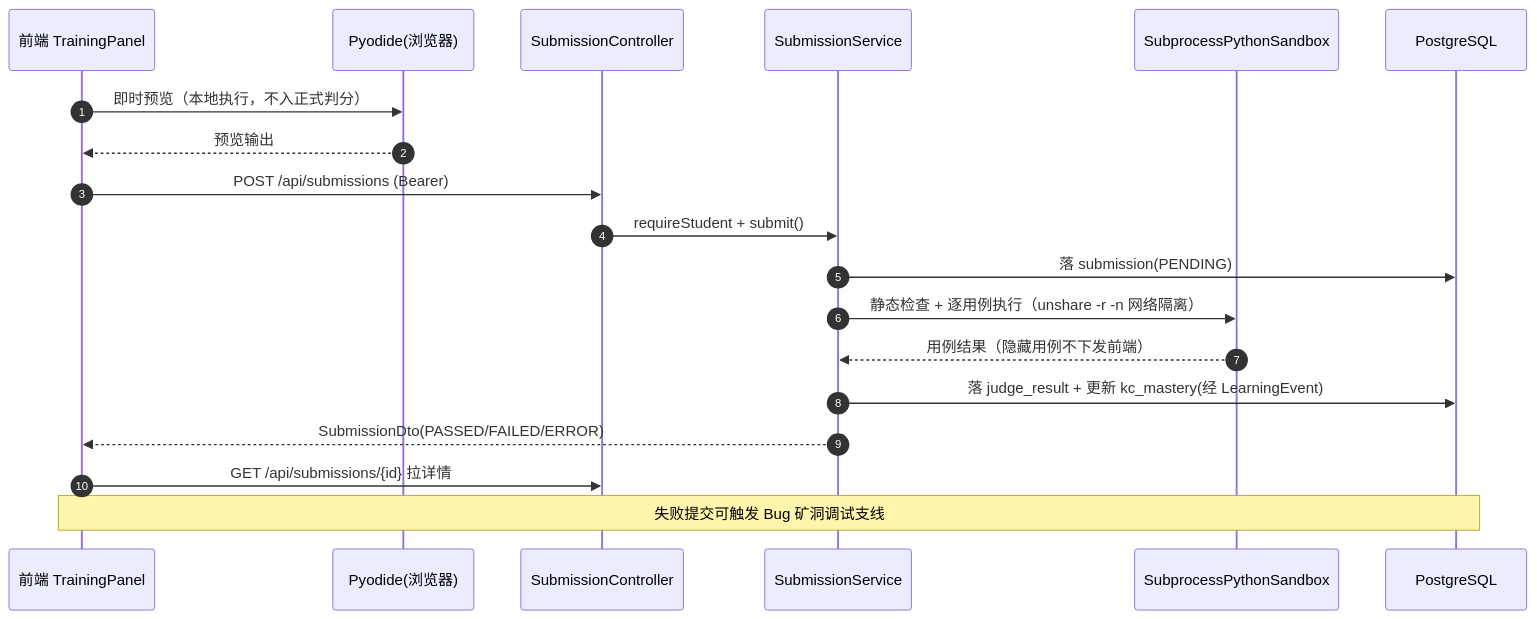
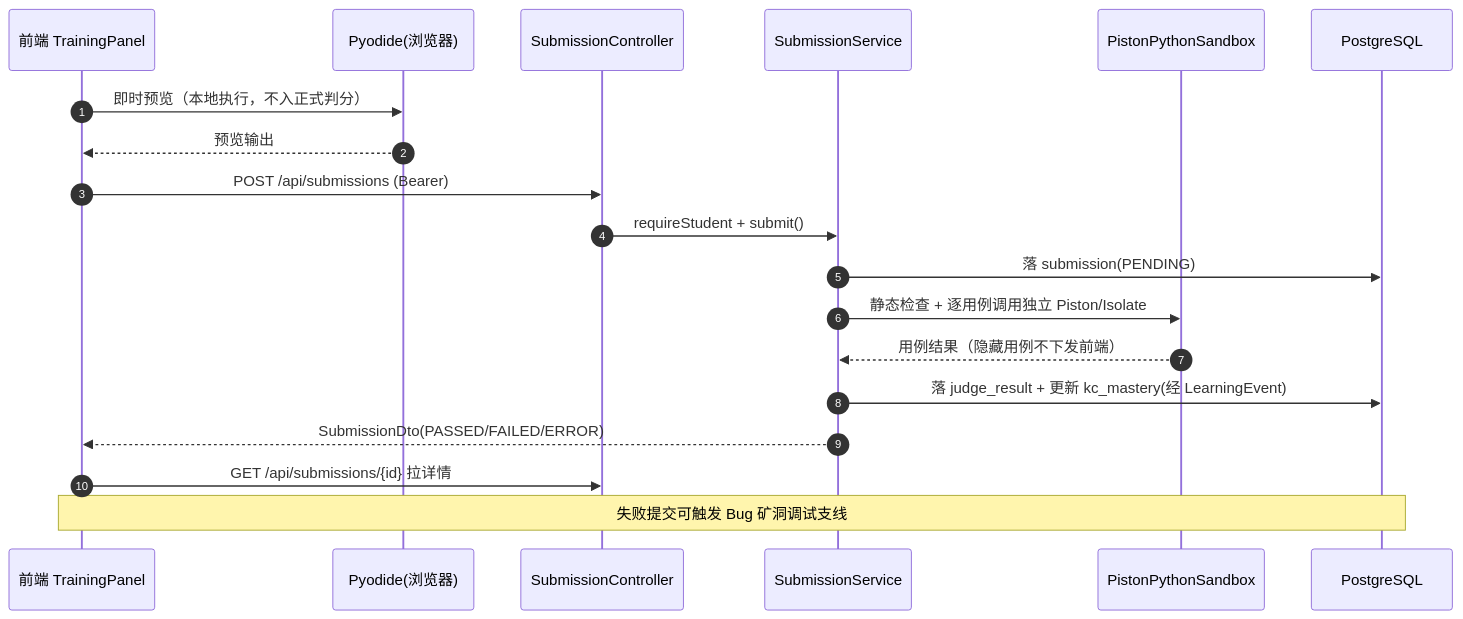
One commit to cypre5s/Pythontopia changed the tenth of 14 diagrams in docs/course-report/05-概要设计.md. Above: the diagram before and after it, drawn with Mermaid. The commit also changed other lines of this file and 309 other files, not shown here.

Commit message:
Harden DeepSeek tutoring and expedition flows

````diff
--- a/docs/course-report/05-概要设计.md
+++ b/docs/course-report/05-概要设计.md
@@ -473,22 +473,22 @@
 ```mermaid
 sequenceDiagram
     autonumber
     participant FE as 前端 TrainingPanel
     participant PY as Pyodide(浏览器)
     participant CTL as SubmissionController
     participant SVC as SubmissionService
-    participant SB as SubprocessPythonSandbox
+    participant SB as PistonPythonSandbox
     participant DB as PostgreSQL
 
     FE->>PY: 即时预览（本地执行，不入正式判分）
     PY-->>FE: 预览输出
     FE->>CTL: POST /api/submissions (Bearer)
     CTL->>SVC: requireStudent + submit()
     SVC->>DB: 落 submission(PENDING)
-    SVC->>SB: 静态检查 + 逐用例执行（unshare -r -n 网络隔离）
+    SVC->>SB: 静态检查 + 逐用例调用独立 Piston/Isolate
     SB-->>SVC: 用例结果（隐藏用例不下发前端）
     SVC->>DB: 落 judge_result + 更新 kc_mastery(经 LearningEvent)
     SVC-->>FE: SubmissionDto(PASSED/FAILED/ERROR)
     FE->>CTL: GET /api/submissions/{id} 拉详情
     Note over FE,DB: 失败提交可触发 Bug 矿洞调试支线
 ```
````
